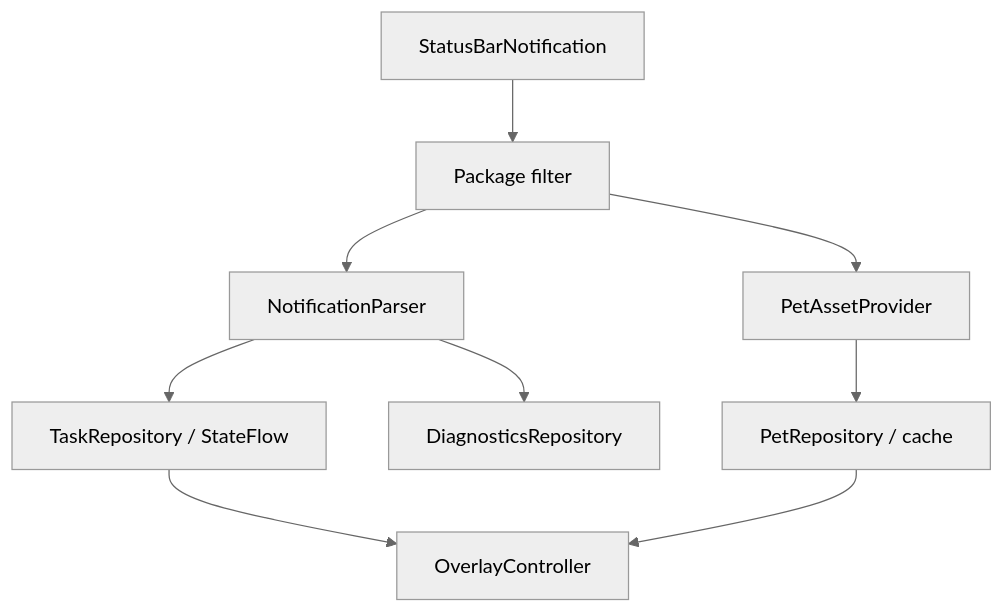
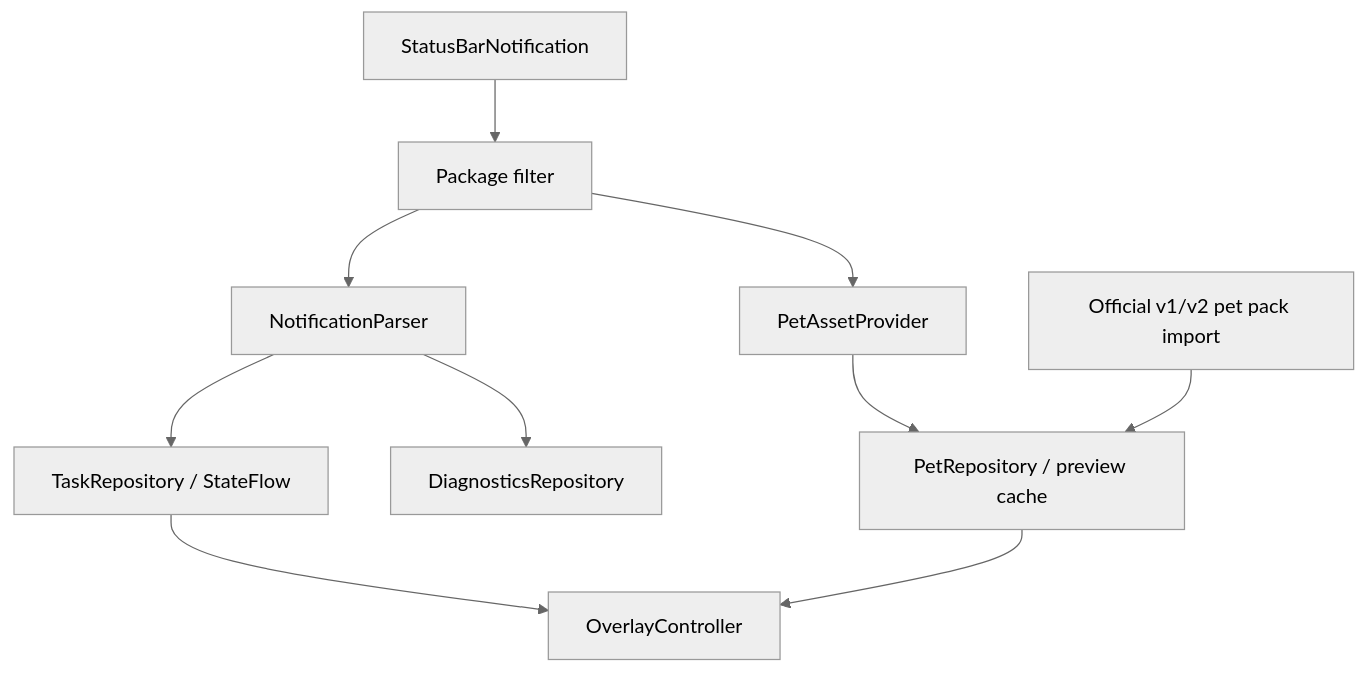
One commit to 4erk/codex-pet-android changed the first of 2 diagrams in docs/architecture.md. Above: the diagram before and after it, drawn with Mermaid (neutral theme). The commit also changed other lines of this file and 31 other files, not shown here.

````diff
--- a/docs/architecture.md
+++ b/docs/architecture.md
@@ -5,11 +5,12 @@
 ```mermaid
 flowchart TD
     SBN["StatusBarNotification"] --> F["Package filter"]
     F --> NP["NotificationParser"]
     F --> PA["PetAssetProvider"]
     NP --> TR["TaskRepository / StateFlow"]
     NP --> DR["DiagnosticsRepository"]
-    PA --> PR["PetRepository / cache"]
+    PA --> PR["PetRepository / preview cache"]
+    SP["Official v1/v2 pet pack import"] --> PR
     TR --> OC["OverlayController"]
     PR --> OC
 ```
````
